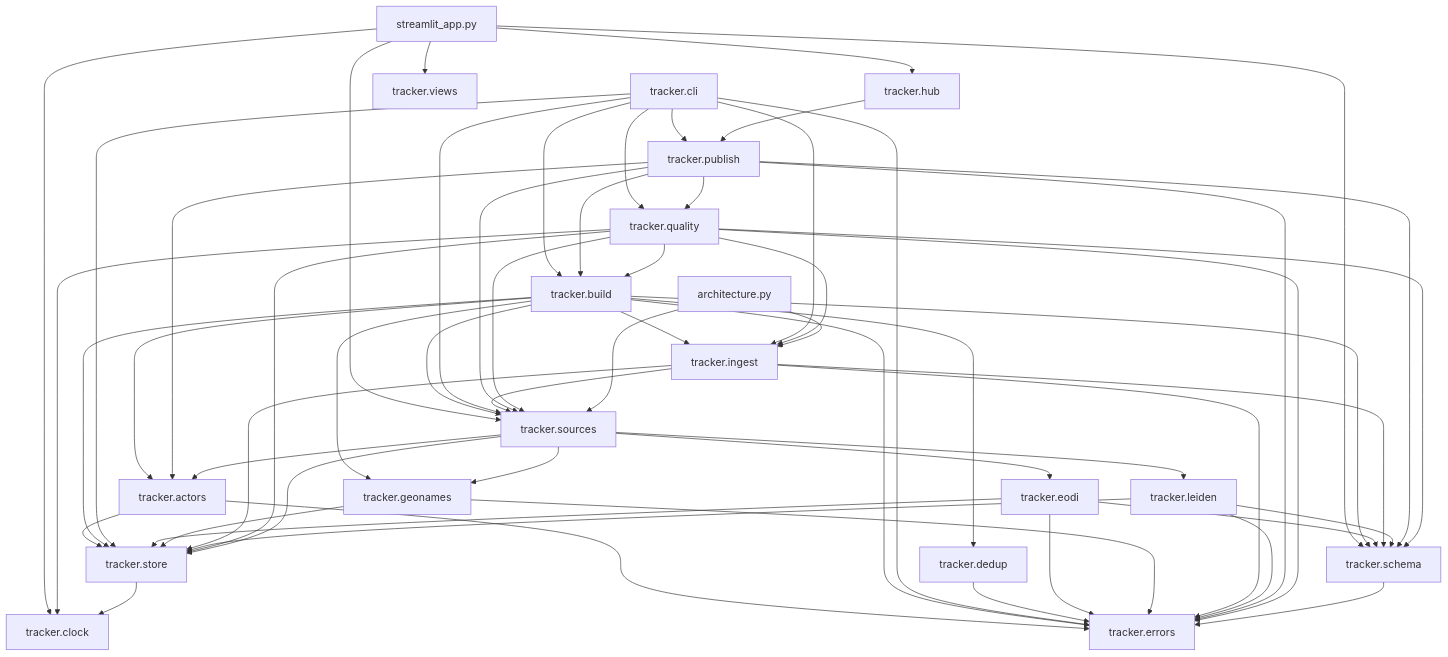
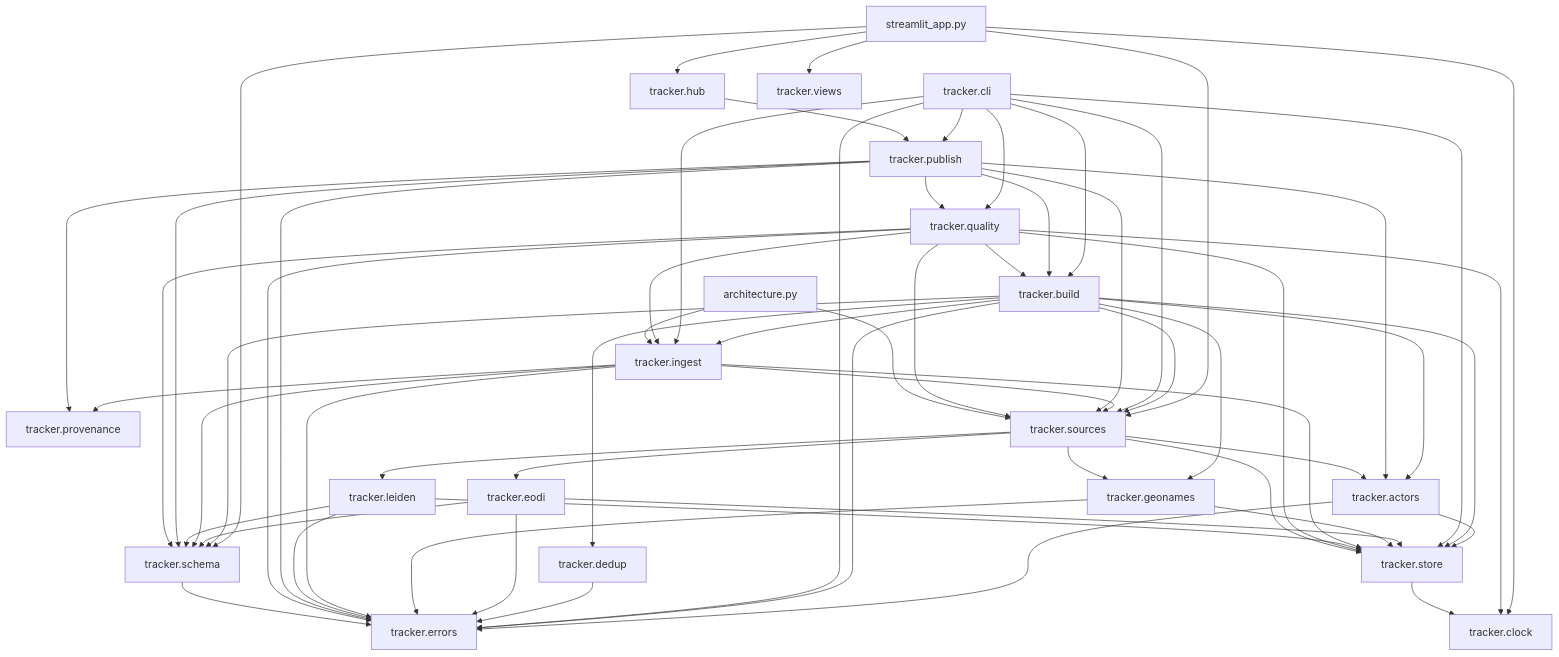
One commit to tryph0n/hybrid-tracker changed the third of 3 diagrams in docs/architecture.md. Above: the diagram before and after it, drawn with Mermaid. The commit also changed other lines of this file and 12 other files, not shown here.

First line of the commit message:
feat(ingest): record the payloads, the source date and the run of each publish (#185)

```diff
--- a/docs/architecture.md
+++ b/docs/architecture.md
@@ -162,6 +162,7 @@
   module_tracker_hub["tracker.hub"]
   module_tracker_ingest["tracker.ingest"]
   module_tracker_leiden["tracker.leiden"]
+  module_tracker_provenance["tracker.provenance"]
   module_tracker_publish["tracker.publish"]
   module_tracker_quality["tracker.quality"]
   module_tracker_schema["tracker.schema"]
@@ -199,6 +200,7 @@
   module_tracker_geonames --> module_tracker_store
   module_tracker_hub --> module_tracker_publish
   module_tracker_ingest --> module_tracker_errors
+  module_tracker_ingest --> module_tracker_provenance
   module_tracker_ingest --> module_tracker_schema
   module_tracker_ingest --> module_tracker_sources
   module_tracker_ingest --> module_tracker_store
@@ -208,6 +210,7 @@
   module_tracker_publish --> module_tracker_actors
   module_tracker_publish --> module_tracker_build
   module_tracker_publish --> module_tracker_errors
+  module_tracker_publish --> module_tracker_provenance
   module_tracker_publish --> module_tracker_quality
   module_tracker_publish --> module_tracker_schema
   module_tracker_publish --> module_tracker_sources
```
